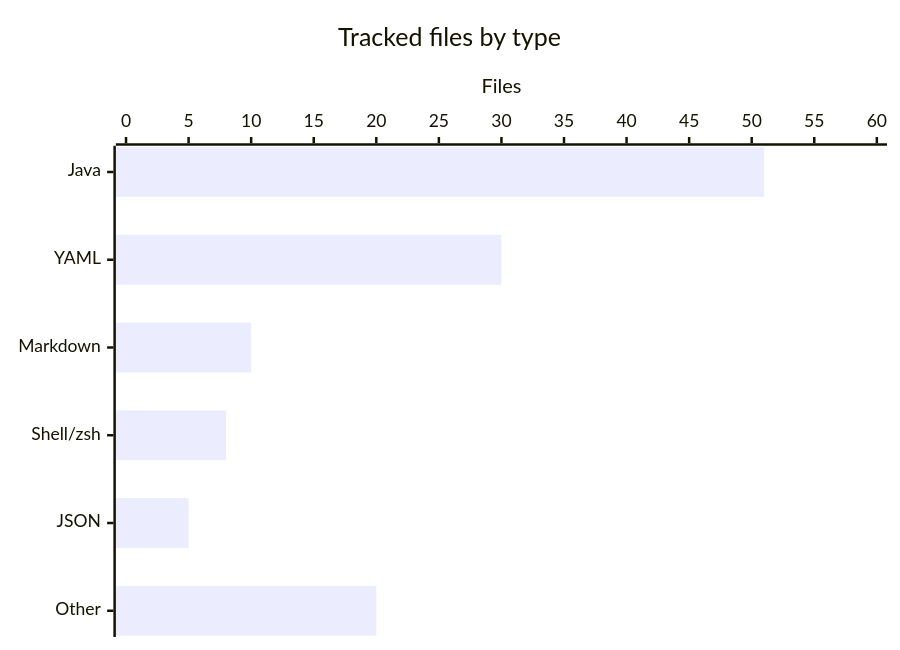
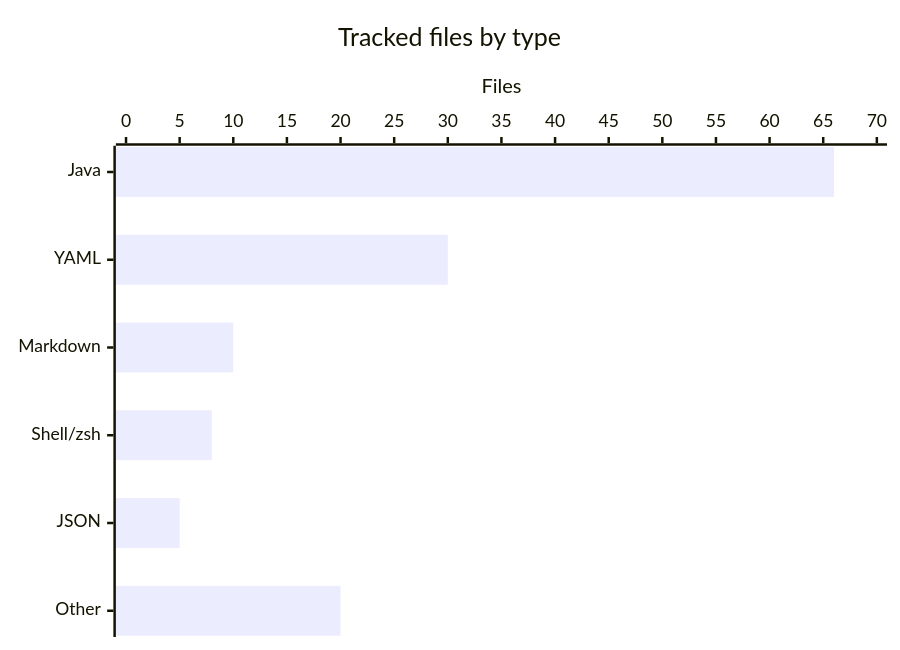
Before and after one commit to factory-aj-pahl/mockingbird-bank: the fourth of 4 diagrams in droid-wiki/overview/architecture.md, drawn with Mermaid. The commit also changed other lines of this file and 78 other files, not shown here.

````diff
--- a/droid-wiki/overview/architecture.md
+++ b/droid-wiki/overview/architecture.md
@@ -93,7 +95,7 @@
 ```mermaid
 xychart-beta horizontal
     title "Tracked files by type"
     x-axis ["Java", "YAML", "Markdown", "Shell/zsh", "JSON", "Other"]
-    y-axis "Files" 0 --> 60
-    bar [51, 30, 10, 8, 5, 20]
+    y-axis "Files" 0 --> 70
+    bar [66, 30, 10, 8, 5, 20]
 ```
````
